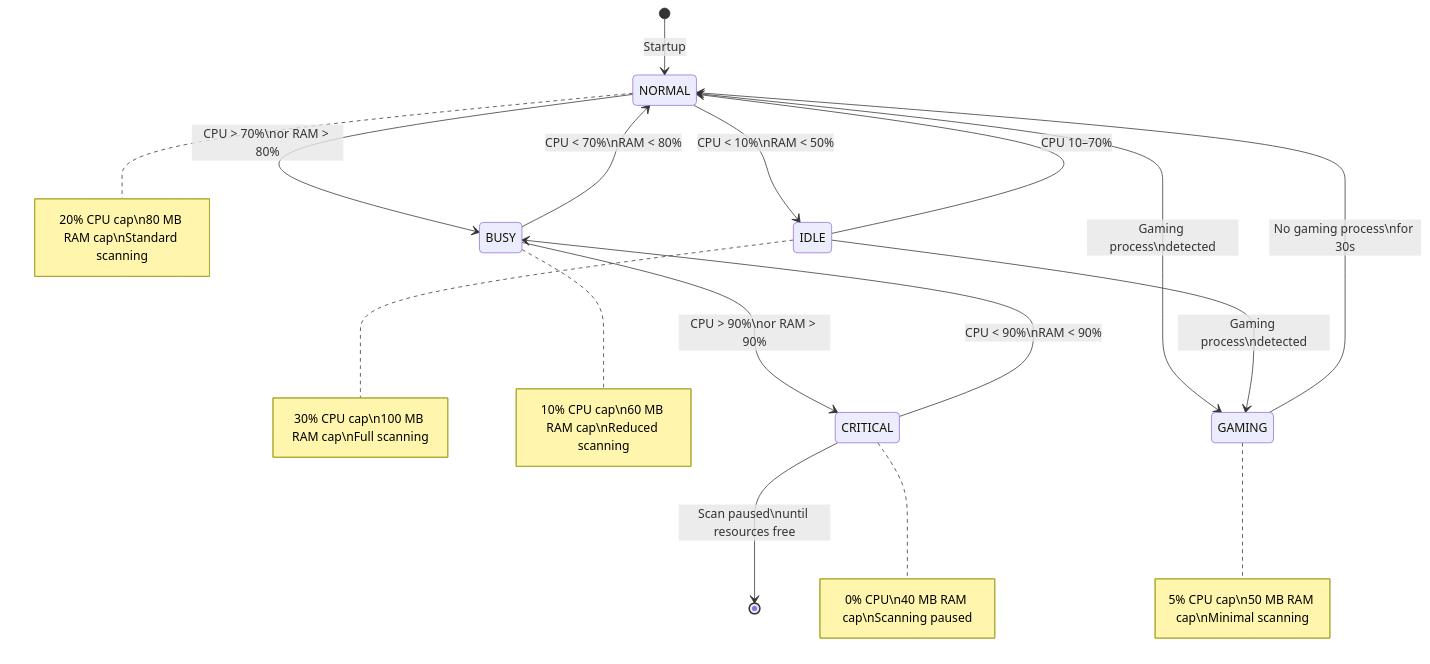
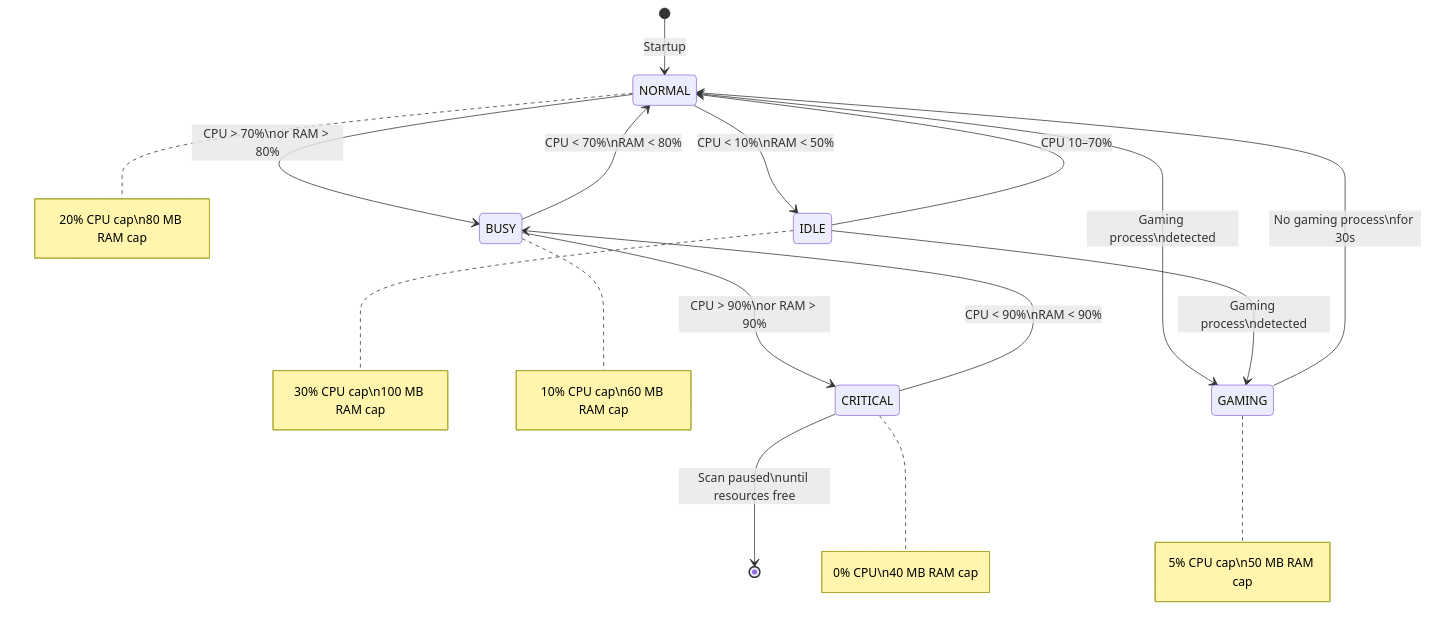
Before and after one commit to Nandhu669/LightAV: the third of 3 diagrams in README.md, drawn with Mermaid. The commit also changed other lines of this file and 317 other files, not shown here.

````diff
--- a/README.md
+++ b/README.md
@@ -266,25 +298,25 @@
 ```mermaid
 stateDiagram-v2
     [*] --> NORMAL : Startup
 
     NORMAL --> IDLE : CPU < 10%\nRAM < 50%
     NORMAL --> BUSY : CPU > 70%\nor RAM > 80%
     NORMAL --> GAMING : Gaming process\ndetected
 
     IDLE --> NORMAL : CPU 10–70%
     IDLE --> GAMING : Gaming process\ndetected
 
     BUSY --> NORMAL : CPU < 70%\nRAM < 80%
     BUSY --> CRITICAL : CPU > 90%\nor RAM > 90%
 
     GAMING --> NORMAL : No gaming process\nfor 30s
 
     CRITICAL --> BUSY : CPU < 90%\nRAM < 90%
     CRITICAL --> [*] : Scan paused\nuntil resources free
 
-    note right of IDLE : 30% CPU cap\n100 MB RAM cap\nFull scanning
-    note right of NORMAL : 20% CPU cap\n80 MB RAM cap\nStandard scanning
-    note right of BUSY : 10% CPU cap\n60 MB RAM cap\nReduced scanning
-    note right of GAMING : 5% CPU cap\n50 MB RAM cap\nMinimal scanning
-    note right of CRITICAL : 0% CPU\n40 MB RAM cap\nScanning paused
+    note right of IDLE : 30% CPU cap\n100 MB RAM cap
+    note right of NORMAL : 20% CPU cap\n80 MB RAM cap
+    note right of BUSY : 10% CPU cap\n60 MB RAM cap
+    note right of GAMING : 5% CPU cap\n50 MB RAM cap
+    note right of CRITICAL : 0% CPU\n40 MB RAM cap
 ```
````
